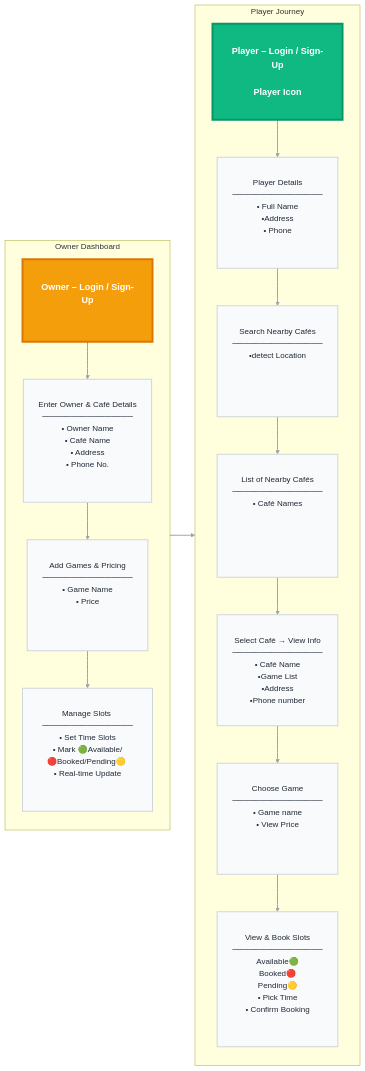
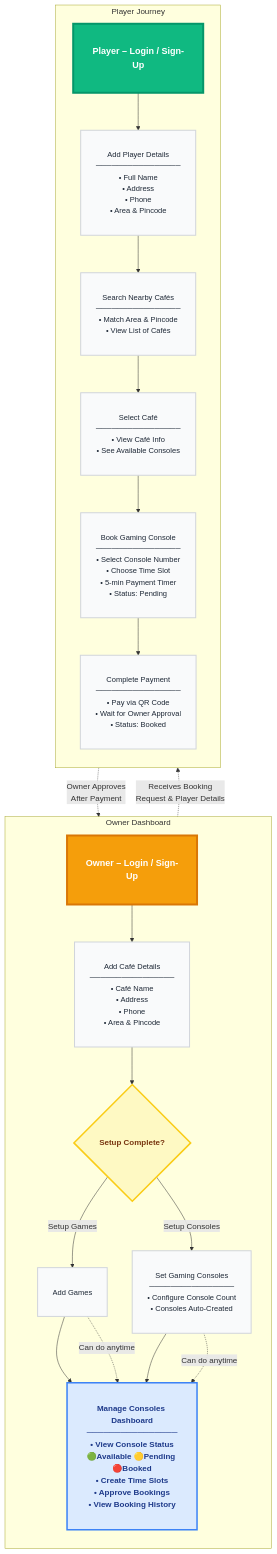
The first of 8 diagrams in docs/index.md (yuvrajsingh-Gkmit/gamegrid-docs), drawn with Mermaid before and after one commit. The commit also changed other lines of this file and 1 other file, not shown here.

Commit message:
feat: update site name and description in mkdocs configuration; enhance navigation and markdown extensions

````diff
--- a/docs/index.md
+++ b/docs/index.md
@@ -37,42 +45,51 @@
 ```mermaid
-flowchart LR
-    %% === OWNER FLOW (LEFT – FIRST) ===
+flowchart TB
+    %% === OWNER FLOW (LEFT SIDE) ===
     subgraph Owner_Flow ["Owner Dashboard"]
         direction TB
-        O1["Owner – Login / Sign-Up<br><br>"] 
-        O2["Enter Owner & Café Details<br>────────────────<br>• Owner Name<br>• Café Name<br>• Address<br>• Phone No.<br><br>"] 
-        O3["Add Games & Pricing<br>────────────────<br>• Game Name<br>• Price<br><br><br>"] 
-        O4["Manage Slots <br>────────────────<br>• Set Time Slots<br>• Mark 🟢Available/🔴Booked/Pending🟡 <br>• Real-time Update<br><br>"] 
+        O1["Owner – Login / Sign-Up"] 
+        O2["Add Café Details<br>────────────────<br>• Café Name<br>• Address<br>• Phone<br>• Area & Pincode"]
+        O3{"Setup Complete?"}
+        O4["Add Games"]
+        O5["Set Gaming Consoles<br>────────────────<br>• Configure Console Count<br>• Consoles Auto-Created"]
+        O6["Manage Consoles Dashboard<br>────────────────<br>• View Console Status<br>🟢Available 🟡Pending 🔴Booked<br>• Create Time Slots<br>• Approve Bookings<br>• View Booking History"]
        
-        O1 --> O2 --> O3 --> O4 
+        O1 --> O2 --> O3
+        O3 -->|"Setup Games"| O4 --> O6
+        O3 -->|"Setup Consoles"| O5 --> O6
+        O4 -.->|"Can do anytime"| O6
+        O5 -.->|"Can do anytime"| O6
     end
 
-    %% === PLAYER FLOW (RIGHT – SECOND) ===
+    %% === PLAYER FLOW (RIGHT SIDE) ===
     subgraph Player_Flow ["Player Journey"]
         direction TB
-        P1["Player – Login / Sign-Up<br><br>Player Icon"] 
-        P2["Player Details<br>────────────────<br>• Full Name<br>•Address<br>• Phone <br><br>"] 
-        P3["Search Nearby Cafés<br>────────────────<br>•detect Location<br><br><br><br>"] 
-        P4["List of Nearby Cafés<br>────────────────<br>• Café Names<br><br><br><br><br>"] 
-        P5["Select Café → View Info<br>────────────────<br>• Café Name<br>•Game List<br>•Address<br>•Phone number<br>"] 
-        P6["Choose Game<br>────────────────<br>• Game name <br>• View Price <br><br><br>"] 
-        P7["View & Book Slots<br>────────────────<br>Available🟢<br>Booked🔴<br>Pending🟡<br>• Pick Time<br>• Confirm Booking<br><br>"]
+        P1["Player – Login / Sign-Up"] 
+        P2["Add Player Details<br>────────────────<br>• Full Name<br>• Address<br>• Phone<br>• Area & Pincode"]
+        P3["Search Nearby Cafés<br>────────────────<br>• Match Area & Pincode<br>• View List of Cafés"]
+        P4["Select Café<br>────────────────<br>• View Café Info<br>• See Available Consoles"]
+        P5["Book Gaming Console<br>────────────────<br>• Select Console Number<br>• Choose Time Slot<br>• 5-min Payment Timer<br>• Status: Pending"]
+        P6["Complete Payment<br>────────────────<br>• Pay via QR Code<br>• Wait for Owner Approval<br>• Status: Booked"]
 
-        P1 --> P2 --> P3 --> P4 --> P5 --> P6 --> P7
+        P1 --> P2 --> P3 --> P4 --> P5 --> P6
     end
 
-    %% === STYLING: BIG, BOLD, EMOJI-READY ===
-    classDef ownerStart fill:#F59E0B, color:#fff, stroke:#D97706, stroke-width:4px, font-size:18px, padding:28px, font-weight:bold, border-radius:14px
-    classDef playerStart fill:#10B981, color:#fff, stroke:#059669, stroke-width:4px, font-size:18px, padding:28px, font-weight:bold, border-radius:14px
-    classDef stepStyle fill:#F9FAFB, color:#1F2937, stroke:#D1D5DB, stroke-width:2px, font-size:16px, padding:24px, border-radius:12px
+    %% === CONNECTION BETWEEN FLOWS ===
+    O6 -.->|"Receives Booking<br>Request & Player Details"| P5
+    P6 -.->|"Owner Approves<br>After Payment"| O6
+
+    %% === STYLING ===
+    classDef ownerStart fill:#F59E0B, color:#fff, stroke:#D97706, stroke-width:4px, font-size:18px, padding:20px, font-weight:bold, border-radius:14px
+    classDef playerStart fill:#10B981, color:#fff, stroke:#059669, stroke-width:4px, font-size:18px, padding:20px, font-weight:bold, border-radius:14px
+    classDef stepStyle fill:#F9FAFB, color:#1F2937, stroke:#D1D5DB, stroke-width:2px, font-size:15px, padding:18px, border-radius:12px
+    classDef decisionStyle fill:#FEF9C3, color:#78350F, stroke:#FACC15, stroke-width:3px, font-size:16px, padding:20px, font-weight:bold, border-radius:12px
+    classDef dashboardStyle fill:#DBEAFE, color:#1E3A8A, stroke:#3B82F6, stroke-width:3px, font-size:16px, padding:20px, font-weight:bold, border-radius:12px
 
     class O1 ownerStart
     class P1 playerStart
-    class O2,O3,O4,O5 stepStyle
-    class P2,P3,P4,P5,P6,P7 stepStyle
-
-    %% Force Owner LEFT, Player RIGHT
-    Owner_Flow -.-> Player_Flow
-    linkStyle default stroke:#9CA3AF, stroke-width: 2px, stroke-dasharray: 0 0 
+    class O2,O4,O5 stepStyle
+    class P2,P3,P4,P5,P6 stepStyle
+    class O3 decisionStyle
+    class O6 dashboardStyle
 
 ```
````
